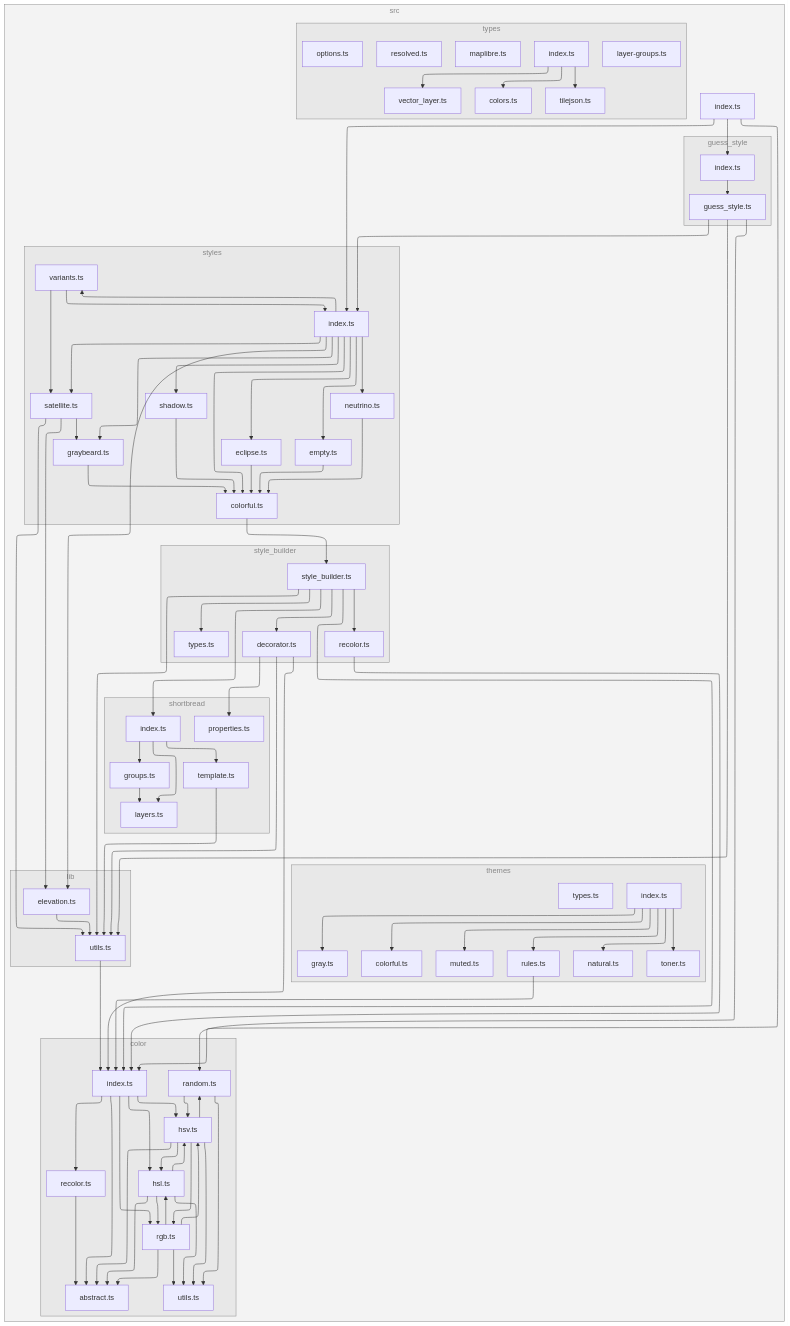
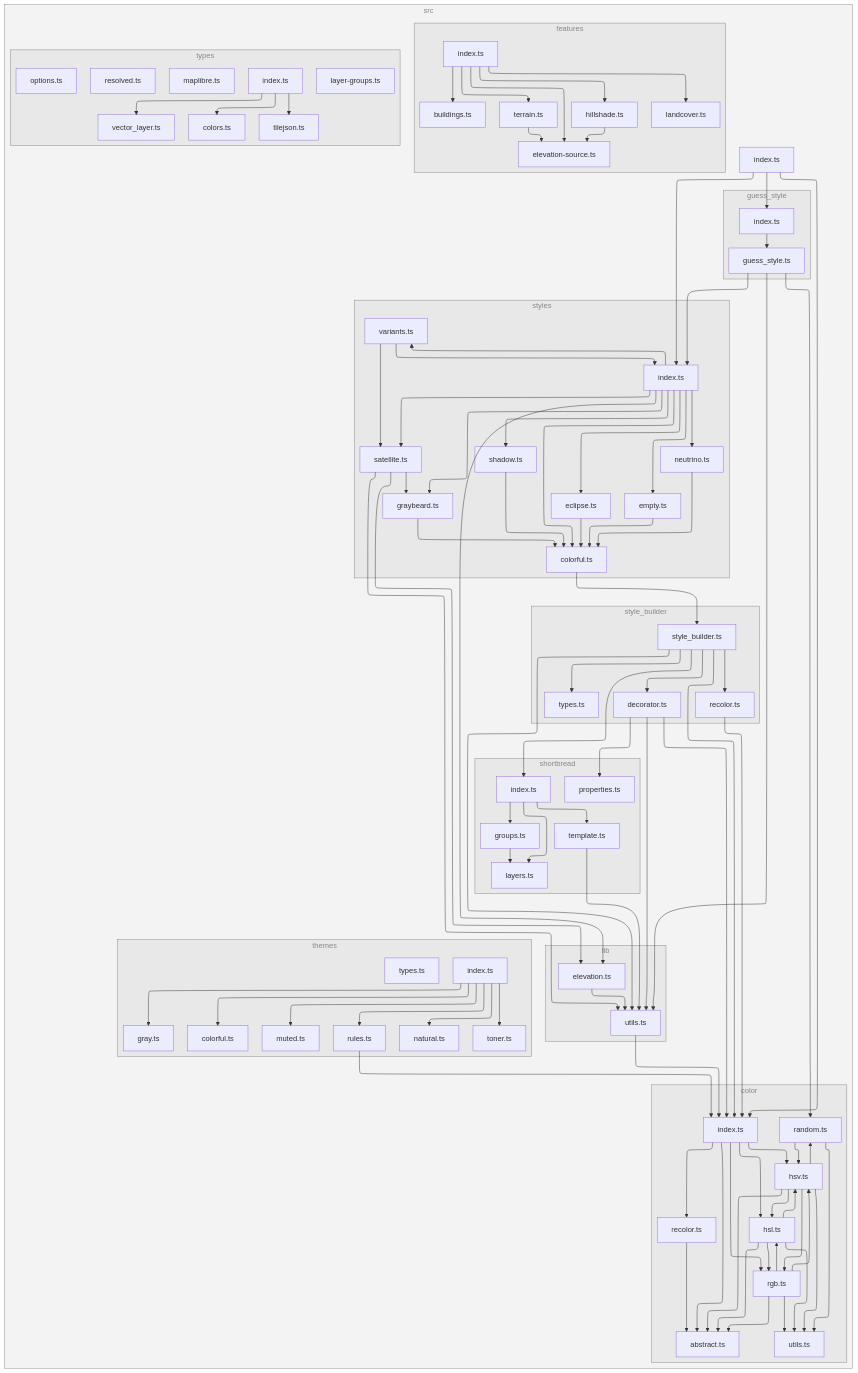
One commit to versatiles-org/versatiles-style changed the diagram in README.md. Above: the diagram before and after it, drawn with Mermaid. The commit also changed 7 other files, not shown here.

Commit message:
feat: adding features like 3D building rendering, elevation source, and hillshade

````diff
--- a/README.md
+++ b/README.md
@@ -166,58 +166,66 @@
 8["index.ts"]
 9["recolor.ts"]
 end
-subgraph A["guess_style"]
-B["guess_style.ts"]
-10["index.ts"]
+subgraph A["features"]
+B["buildings.ts"]
+C["elevation-source.ts"]
+D["hillshade.ts"]
+E["index.ts"]
+F["landcover.ts"]
+G["terrain.ts"]
 end
-subgraph C["lib"]
-D["utils.ts"]
-G["elevation.ts"]
+subgraph H["guess_style"]
+I["guess_style.ts"]
+17["index.ts"]
 end
-subgraph E["styles"]
-F["index.ts"]
-H["colorful.ts"]
-T["eclipse.ts"]
-U["empty.ts"]
-V["graybeard.ts"]
-W["neutrino.ts"]
-X["satellite.ts"]
-Y["shadow.ts"]
-Z["variants.ts"]
+subgraph J["lib"]
+K["utils.ts"]
+N["elevation.ts"]
 end
-subgraph I["style_builder"]
-J["style_builder.ts"]
-P["decorator.ts"]
-R["recolor.ts"]
-S["types.ts"]
+subgraph L["styles"]
+M["index.ts"]
+O["colorful.ts"]
+10["eclipse.ts"]
+11["empty.ts"]
+12["graybeard.ts"]
+13["neutrino.ts"]
+14["satellite.ts"]
+15["shadow.ts"]
+16["variants.ts"]
 end
-subgraph K["shortbread"]
-L["index.ts"]
-M["groups.ts"]
-N["layers.ts"]
-O["template.ts"]
-Q["properties.ts"]
+subgraph P["style_builder"]
+Q["style_builder.ts"]
+W["decorator.ts"]
+Y["recolor.ts"]
+Z["types.ts"]
 end
-11["index.ts"]
-subgraph 12["themes"]
-13["colorful.ts"]
-14["gray.ts"]
-15["index.ts"]
-16["muted.ts"]
-17["natural.ts"]
-18["rules.ts"]
-19["toner.ts"]
-1A["types.ts"]
+subgraph R["shortbread"]
+S["index.ts"]
+T["groups.ts"]
+U["layers.ts"]
+V["template.ts"]
+X["properties.ts"]
 end
-subgraph 1B["types"]
-1C["colors.ts"]
-1D["index.ts"]
-1E["tilejson.ts"]
-1F["vector_layer.ts"]
-1G["layer-groups.ts"]
-1H["maplibre.ts"]
-1I["options.ts"]
-1J["resolved.ts"]
+18["index.ts"]
+subgraph 19["themes"]
+1A["colorful.ts"]
+1B["gray.ts"]
+1C["index.ts"]
+1D["muted.ts"]
+1E["natural.ts"]
+1F["rules.ts"]
+1G["toner.ts"]
+1H["types.ts"]
+end
+subgraph 1I["types"]
+1J["colors.ts"]
+1K["index.ts"]
+1L["tilejson.ts"]
+1M["vector_layer.ts"]
+1N["layer-groups.ts"]
+1O["maplibre.ts"]
+1P["options.ts"]
+1Q["resolved.ts"]
 end
 end
 3-->2
@@ -241,61 +249,68 @@
 8-->9
 8-->7
 9-->2
-B-->5
-B-->D
-B-->F
-D-->8
-F-->G
-F-->H
-F-->T
-F-->U
-F-->V
-F-->W
-F-->X
-F-->Y
-F-->Z
-G-->D
-H-->J
-J-->8
-J-->D
-J-->L
-J-->P
-J-->R
-J-->S
-L-->M
-L-->N
-L-->O
+D-->C
+E-->B
+E-->C
+E-->D
+E-->F
+E-->G
+G-->C
+I-->5
+I-->K
+I-->M
+K-->8
 M-->N
-O-->D
-P-->8
-P-->D
-P-->Q
-R-->8
-T-->H
-U-->H
-V-->H
-W-->H
-X-->G
-X-->D
-X-->V
-Y-->H
-Z-->F
-Z-->X
-10-->B
-11-->8
-11-->10
-11-->F
-15-->13
-15-->14
-15-->16
-15-->17
-15-->18
-15-->19
+M-->O
+M-->10
+M-->11
+M-->12
+M-->13
+M-->14
+M-->15
+M-->16
+N-->K
+O-->Q
+Q-->8
+Q-->K
+Q-->S
+Q-->W
+Q-->Y
+Q-->Z
+S-->T
+S-->U
+S-->V
+T-->U
+V-->K
+W-->8
+W-->K
+W-->X
+Y-->8
+10-->O
+11-->O
+12-->O
+13-->O
+14-->N
+14-->K
+14-->12
+15-->O
+16-->M
+16-->14
+17-->I
 18-->8
-1D-->1C
-1D-->1E
-1D-->1F
+18-->17
+18-->M
+1C-->1A
+1C-->1B
+1C-->1D
+1C-->1E
+1C-->1F
+1C-->1G
+1F-->8
+1K-->1J
+1K-->1L
+1K-->1M
 
-class 0,1,A,C,E,I,K,12,1B subgraphs;
+class 0,1,A,H,J,L,P,R,19,1I subgraphs;
 classDef subgraphs fill-opacity:0.1, fill:#888, color:#888, stroke:#888;
 ```
````
